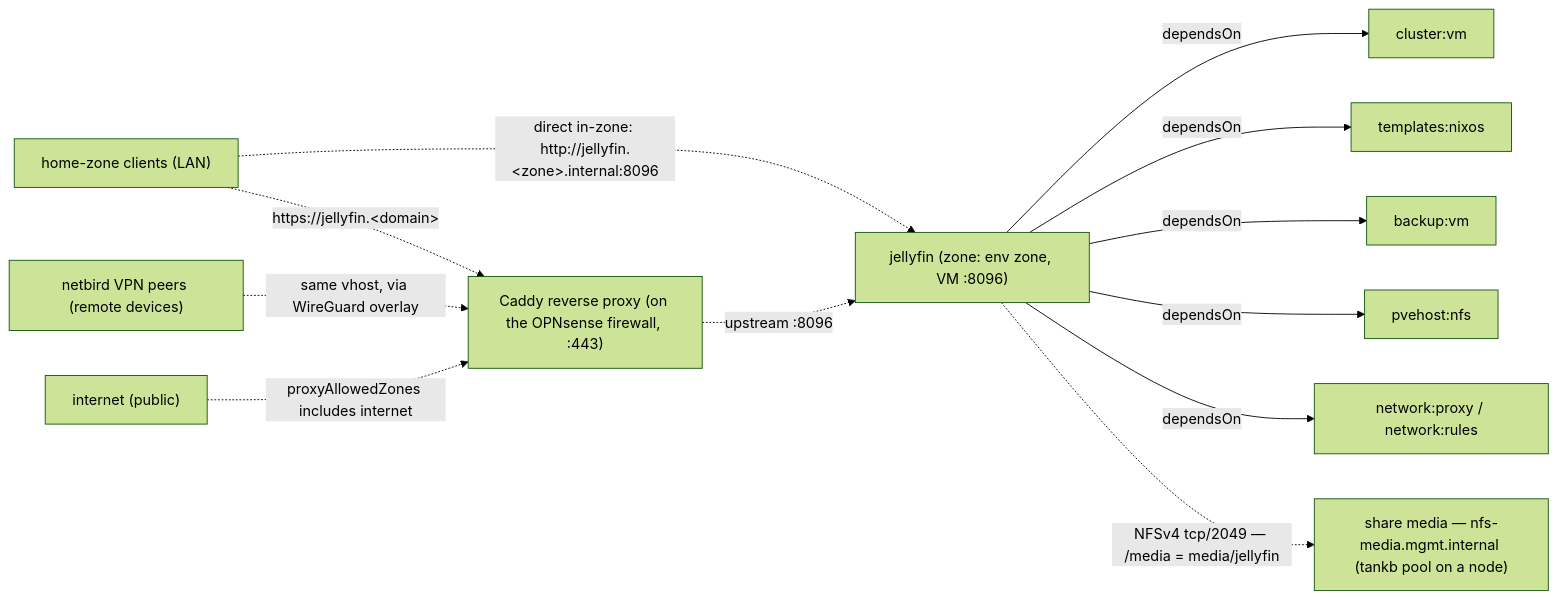
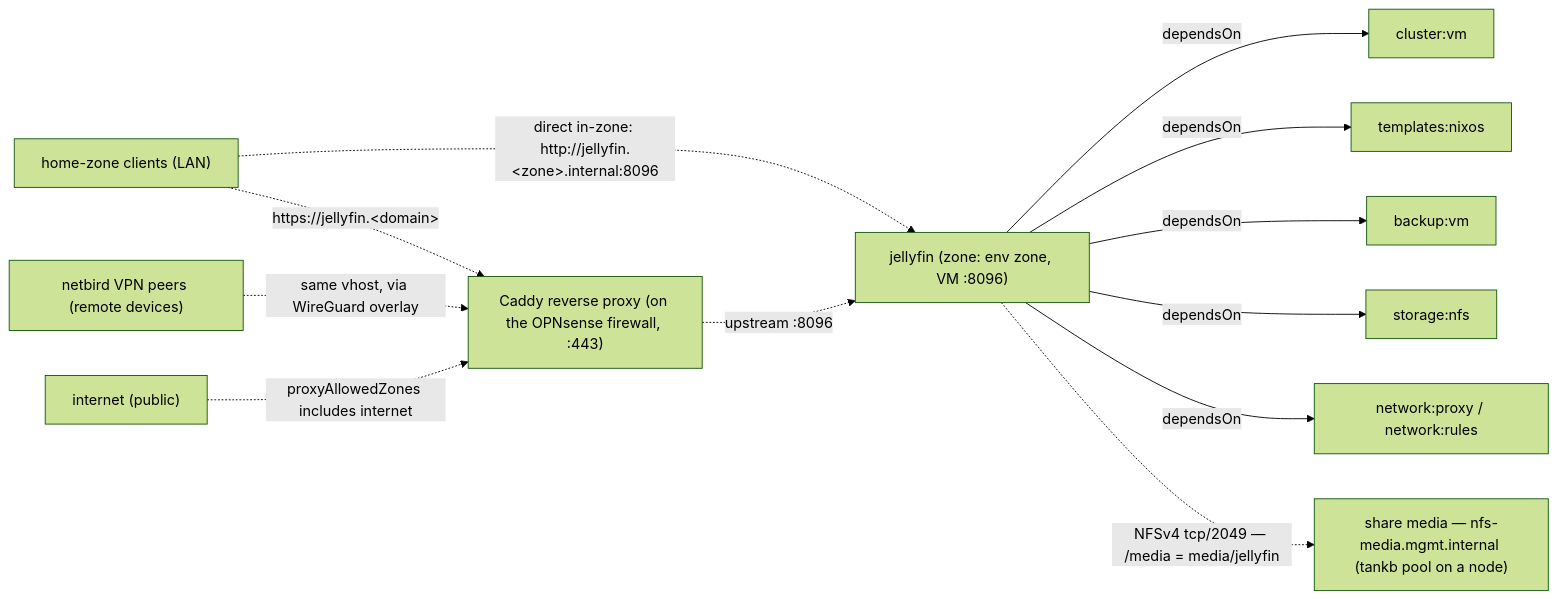
One commit to TAPPaaS/TAPPaaS changed the diagram in src/home/jellyfin/README.md. Above: the diagram before and after it, drawn with Mermaid (forest theme). The commit also changed other lines of this file and 69 other files, not shown here.

First line of the commit message:
feat(storage): ADR-029 v0.9 storage-manager, shares.json, storage:nfs

````diff
--- a/src/home/jellyfin/README.md
+++ b/src/home/jellyfin/README.md
@@ -81,27 +81,27 @@
 ```mermaid
 graph LR
     jellyfin["jellyfin (zone: env zone, VM :8096)"]
     cluster["cluster:vm"]
     templates["templates:nixos"]
     backup["backup:vm"]
-    nfs["pvehost:nfs"]
+    nfs["storage:nfs"]
     netproxy["network:proxy / network:rules"]
     node["share media — nfs-media.mgmt.internal (tankb pool on a node)"]
     caddy["Caddy reverse proxy (on the OPNsense firewall, :443)"]
     homeclients["home-zone clients (LAN)"]
     vpnpeers["netbird VPN peers (remote devices)"]
     internet["internet (public)"]
 
     jellyfin -->|dependsOn| cluster
     jellyfin -->|dependsOn| templates
     jellyfin -->|dependsOn| backup
     jellyfin -->|dependsOn| nfs
     jellyfin -->|dependsOn| netproxy
 
     jellyfin -.->|"NFSv4 tcp/2049 — /media = media/jellyfin"| node
     homeclients -.->|"https://jellyfin.&lt;domain&gt;"| caddy
     homeclients -.->|"direct in-zone: http://jellyfin.&lt;zone&gt;.internal:8096"| jellyfin
     vpnpeers -.->|"same vhost, via WireGuard overlay"| caddy
     internet -.->|"proxyAllowedZones includes internet"| caddy
     caddy -.->|"upstream :8096"| jellyfin
 ```
````
